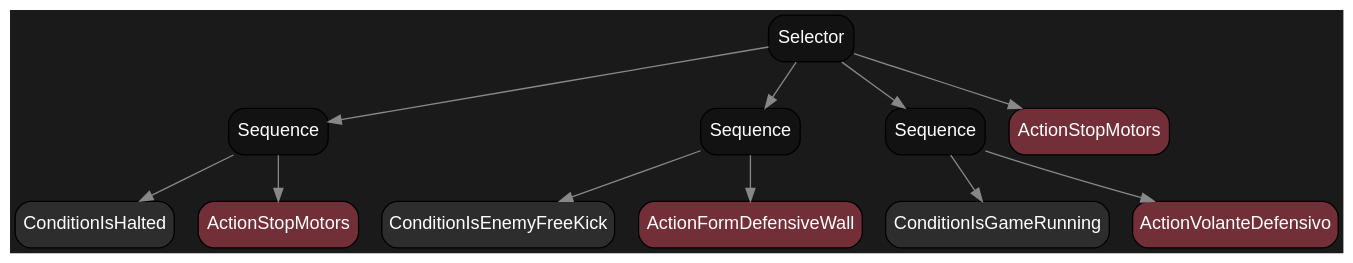
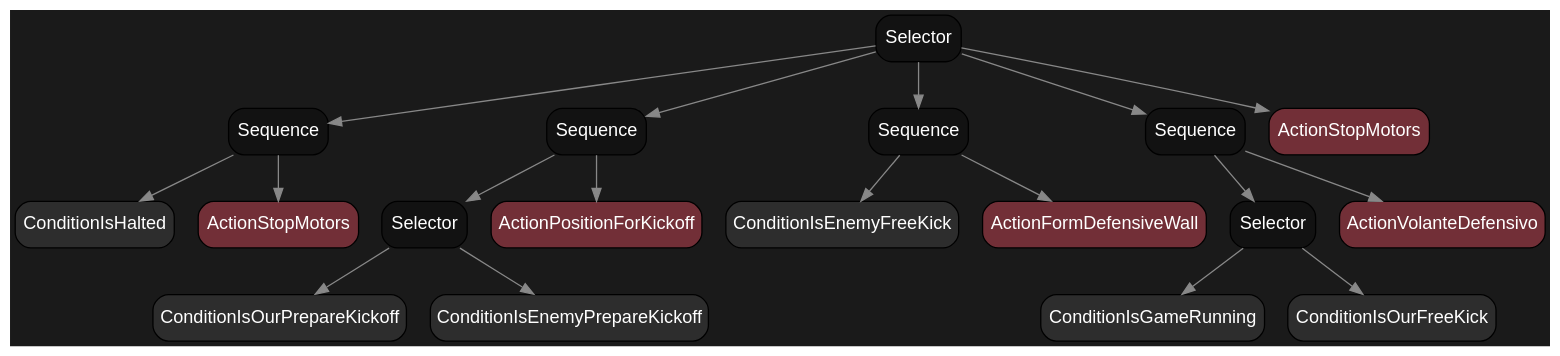
The diagram in diagramas/mapa_arvore_volante.dot (Danielgmichels/labind-ssl-ai), drawn with Graphviz before and after one commit. The commit also changed 13 other files, not shown here.

```diff
--- a/diagramas/mapa_arvore_volante.dot
+++ b/diagramas/mapa_arvore_volante.dot
@@ -1,25 +1,39 @@
 digraph BehaviorTree {
     bgcolor="#1a1a1a";
     node [shape=box, style="filled,rounded", fontname="Arial", color="#000000", penwidth=1];
-    "140264501901584" [label="Selector", fillcolor="#121212", fontcolor="white"];
-    "140264501901584" -> "140264501901008" [color="#888888"];
-    "140264501901008" [label="Sequence", fillcolor="#121212", fontcolor="white"];
-    "140264501901008" -> "140264501900912" [color="#888888"];
-    "140264501900912" [label="ConditionIsHalted", fillcolor="#2d2d2d", fontcolor="white"];
-    "140264501901008" -> "140264501900960" [color="#888888"];
-    "140264501900960" [label="ActionStopMotors", fillcolor="#722F37", fontcolor="white"];
-    "140264501901584" -> "140264501901248" [color="#888888"];
-    "140264501901248" [label="Sequence", fillcolor="#121212", fontcolor="white"];
-    "140264501901248" -> "140264501901104" [color="#888888"];
-    "140264501901104" [label="ConditionIsEnemyFreeKick", fillcolor="#2d2d2d", fontcolor="white"];
-    "140264501901248" -> "140264501901152" [color="#888888"];
-    "140264501901152" [label="ActionFormDefensiveWall", fillcolor="#722F37", fontcolor="white"];
-    "140264501901584" -> "140264501901440" [color="#888888"];
-    "140264501901440" [label="Sequence", fillcolor="#121212", fontcolor="white"];
-    "140264501901440" -> "140264501901344" [color="#888888"];
-    "140264501901344" [label="ConditionIsGameRunning", fillcolor="#2d2d2d", fontcolor="white"];
-    "140264501901440" -> "140264501901392" [color="#888888"];
-    "140264501901392" [label="ActionVolanteDefensivo", fillcolor="#722F37", fontcolor="white"];
-    "140264501901584" -> "140264501901536" [color="#888888"];
-    "140264501901536" [label="ActionStopMotors", fillcolor="#722F37", fontcolor="white"];
+    "140711293949968" [label="Selector", fillcolor="#121212", fontcolor="white"];
+    "140711293949968" -> "140711293949200" [color="#888888"];
+    "140711293949200" [label="Sequence", fillcolor="#121212", fontcolor="white"];
+    "140711293949200" -> "140711293949104" [color="#888888"];
+    "140711293949104" [label="ConditionIsHalted", fillcolor="#2d2d2d", fontcolor="white"];
+    "140711293949200" -> "140711293949152" [color="#888888"];
+    "140711293949152" [label="ActionStopMotors", fillcolor="#722F37", fontcolor="white"];
+    "140711293949968" -> "140711293949392" [color="#888888"];
+    "140711293949392" [label="Sequence", fillcolor="#121212", fontcolor="white"];
+    "140711293949392" -> "140711303991776" [color="#888888"];
+    "140711303991776" [label="Selector", fillcolor="#121212", fontcolor="white"];
+    "140711303991776" -> "140711303991824" [color="#888888"];
+    "140711303991824" [label="ConditionIsOurPrepareKickoff", fillcolor="#2d2d2d", fontcolor="white"];
+    "140711303991776" -> "140711303991872" [color="#888888"];
+    "140711303991872" [label="ConditionIsEnemyPrepareKickoff", fillcolor="#2d2d2d", fontcolor="white"];
+    "140711293949392" -> "140711293949296" [color="#888888"];
+    "140711293949296" [label="ActionPositionForKickoff", fillcolor="#722F37", fontcolor="white"];
+    "140711293949968" -> "140711293949632" [color="#888888"];
+    "140711293949632" [label="Sequence", fillcolor="#121212", fontcolor="white"];
+    "140711293949632" -> "140711293949488" [color="#888888"];
+    "140711293949488" [label="ConditionIsEnemyFreeKick", fillcolor="#2d2d2d", fontcolor="white"];
+    "140711293949632" -> "140711293949536" [color="#888888"];
+    "140711293949536" [label="ActionFormDefensiveWall", fillcolor="#722F37", fontcolor="white"];
+    "140711293949968" -> "140711293949776" [color="#888888"];
+    "140711293949776" [label="Sequence", fillcolor="#121212", fontcolor="white"];
+    "140711293949776" -> "140711293949008" [color="#888888"];
+    "140711293949008" [label="Selector", fillcolor="#121212", fontcolor="white"];
+    "140711293949008" -> "140711293948912" [color="#888888"];
+    "140711293948912" [label="ConditionIsGameRunning", fillcolor="#2d2d2d", fontcolor="white"];
+    "140711293949008" -> "140711293948960" [color="#888888"];
+    "140711293948960" [label="ConditionIsOurFreeKick", fillcolor="#2d2d2d", fontcolor="white"];
+    "140711293949776" -> "140711293949728" [color="#888888"];
+    "140711293949728" [label="ActionVolanteDefensivo", fillcolor="#722F37", fontcolor="white"];
+    "140711293949968" -> "140711293949872" [color="#888888"];
+    "140711293949872" [label="ActionStopMotors", fillcolor="#722F37", fontcolor="white"];
 }
```
